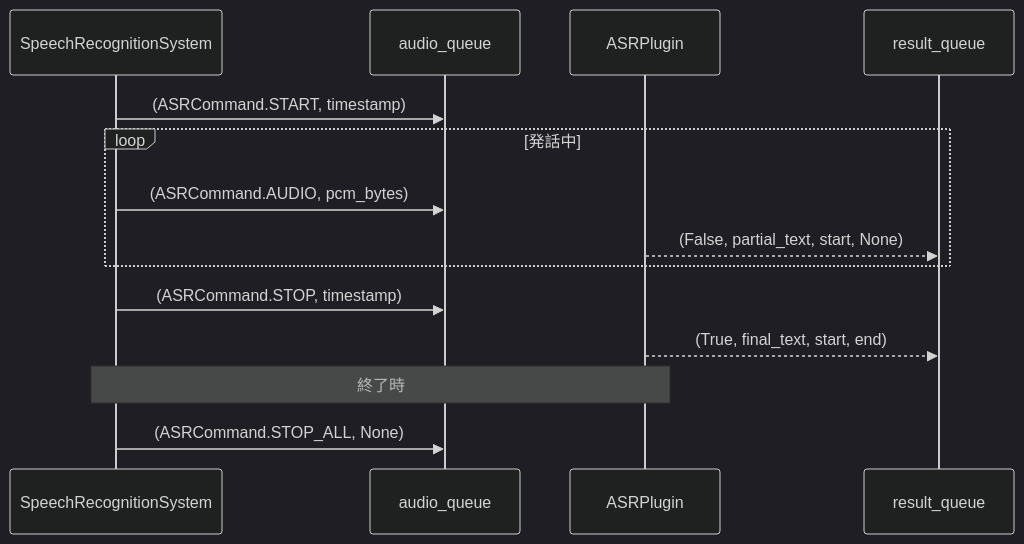
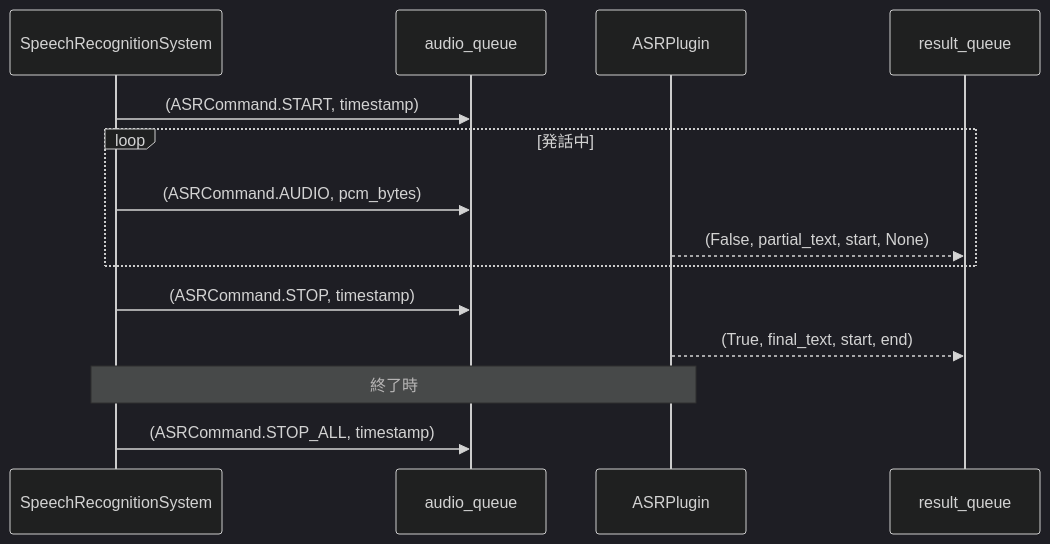
One commit to sato-susumu/susumu_asr_ros changed the eighth of 11 diagrams in susumu_asr_ros/README_modules.md. Above: the diagram before and after it, drawn with Mermaid (dark theme). The commit also changed other lines of this file and 9 other files, not shown here.

````diff
--- a/susumu_asr_ros/README_modules.md
+++ b/susumu_asr_ros/README_modules.md
@@ -362,18 +362,18 @@
 ```mermaid
 sequenceDiagram
     participant S as SpeechRecognitionSystem
     participant Q as audio_queue
     participant A as ASRPlugin
     participant R as result_queue
 
     S ->> Q : (ASRCommand.START, timestamp)
     loop 発話中
         S ->> Q : (ASRCommand.AUDIO, pcm_bytes)
         A -->> R : (False, partial_text, start, None)
     end
     S ->> Q : (ASRCommand.STOP, timestamp)
     A -->> R : (True, final_text, start, end)
 
     note over S,A : 終了時
-    S ->> Q : (ASRCommand.STOP_ALL, None)
+    S ->> Q : (ASRCommand.STOP_ALL, timestamp)
 ```
````
